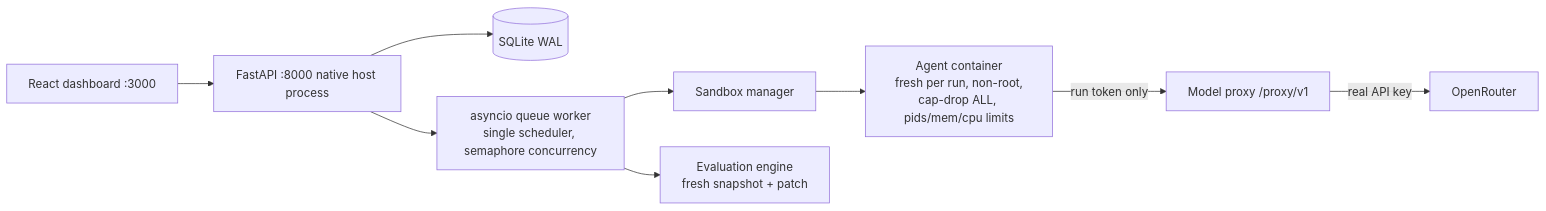
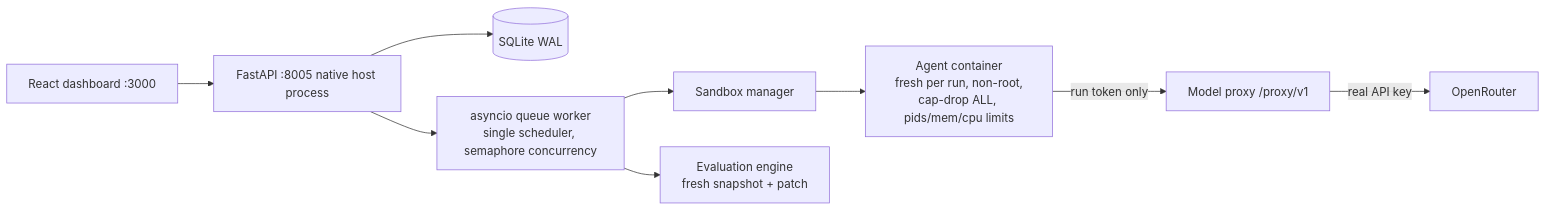
The first of 2 diagrams in docs/architecture.md (SwastikMethi/Eval-Personalised-Harness), drawn with Mermaid before and after one commit. The commit also changed 25 other files, not shown here.

````diff
--- a/docs/architecture.md
+++ b/docs/architecture.md
@@ -7,11 +7,11 @@
 ```mermaid
 flowchart LR
-    UI[React dashboard :3000] --> API[FastAPI :8000 native host process]
+    UI[React dashboard :3000] --> API[FastAPI :8005 native host process]
     API --> DB[(SQLite WAL)]
     API --> Q[asyncio queue worker\nsingle scheduler, semaphore concurrency]
     Q --> SM[Sandbox manager]
     SM --> C1[Agent container\nfresh per run, non-root,\ncap-drop ALL, pids/mem/cpu limits]
     C1 -- "run token only" --> PX[Model proxy /proxy/v1]
     PX -- "real API key" --> OR[OpenRouter]
     Q --> EV[Evaluation engine\nfresh snapshot + patch]
 ```
````
